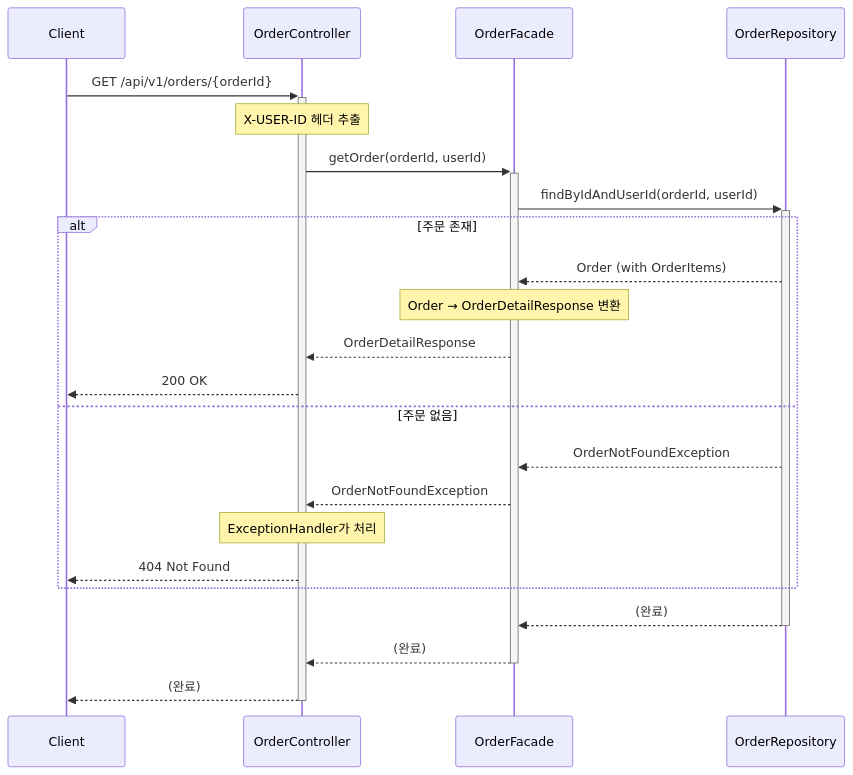
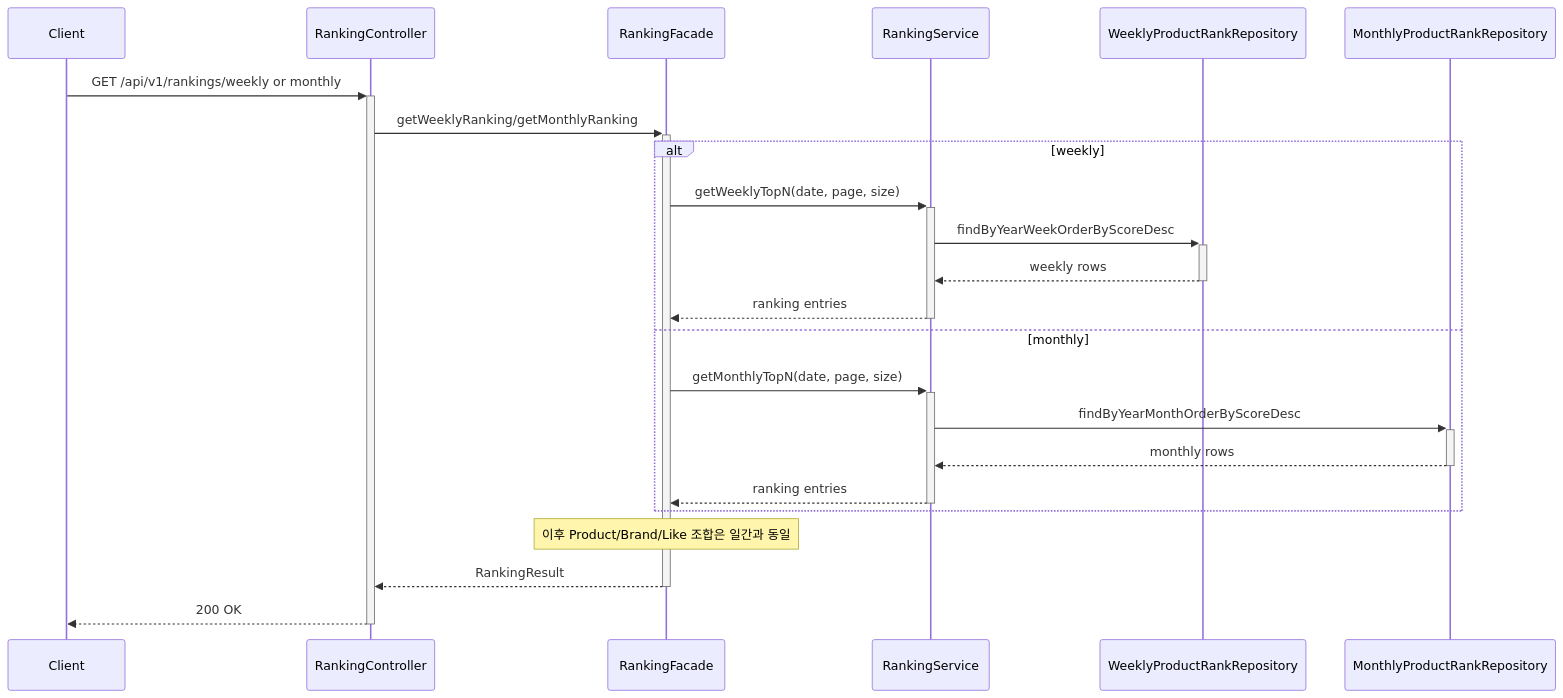
The tenth of 10 diagrams in docs/design/02-sequence-diagrams.md (JeonJe/commerce-backend), drawn with Mermaid before and after one commit. The commit also changed other lines of this file and 9 other files, not shown here.

````diff
--- a/docs/design/02-sequence-diagrams.md
+++ b/docs/design/02-sequence-diagrams.md
@@ -694,30 +411,28 @@
 ```mermaid
 sequenceDiagram
     participant Client
-    participant OrderController
-    participant OrderFacade
-    participant OrderRepository
+    participant RankingController
+    participant RankingFacade
+    participant RankingService
+    participant WeeklyRepo as WeeklyProductRankRepository
+    participant MonthlyRepo as MonthlyProductRankRepository
 
-    Client->>+OrderController: GET /api/v1/orders/{orderId}
-    Note over OrderController: X-USER-ID 헤더 추출
+    Client->>+RankingController: GET /api/v1/rankings/weekly or monthly
+    RankingController->>+RankingFacade: getWeeklyRanking/getMonthlyRanking
 
-    OrderController->>+OrderFacade: getOrder(orderId, userId)
-
-    OrderFacade->>+OrderRepository: findByIdAndUserId(orderId, userId)
-
-    alt 주문 존재
-        OrderRepository-->>OrderFacade: Order (with OrderItems)
-        Note over OrderFacade: Order → OrderDetailResponse 변환
-        OrderFacade-->>OrderController: OrderDetailResponse
-        OrderController-->>Client: 200 OK
-    else 주문 없음
-        OrderRepository-->>OrderFacade: OrderNotFoundException
-        OrderFacade-->>OrderController: OrderNotFoundException
-        Note over OrderController: ExceptionHandler가 처리
-        OrderController-->>Client: 404 Not Found
+    alt weekly
+        RankingFacade->>+RankingService: getWeeklyTopN(date, page, size)
+        RankingService->>+WeeklyRepo: findByYearWeekOrderByScoreDesc
+        WeeklyRepo-->>-RankingService: weekly rows
+        RankingService-->>-RankingFacade: ranking entries
+    else monthly
+        RankingFacade->>+RankingService: getMonthlyTopN(date, page, size)
+        RankingService->>+MonthlyRepo: findByYearMonthOrderByScoreDesc
+        MonthlyRepo-->>-RankingService: monthly rows
+        RankingService-->>-RankingFacade: ranking entries
     end
 
-    OrderRepository-->>-OrderFacade: (완료)
-    OrderFacade-->>-OrderController: (완료)
-    OrderController-->>-Client: (완료)
+    Note over RankingFacade: 이후 Product/Brand/Like 조합은 일간과 동일
+    RankingFacade-->>-RankingController: RankingResult
+    RankingController-->>-Client: 200 OK
 ```
````
